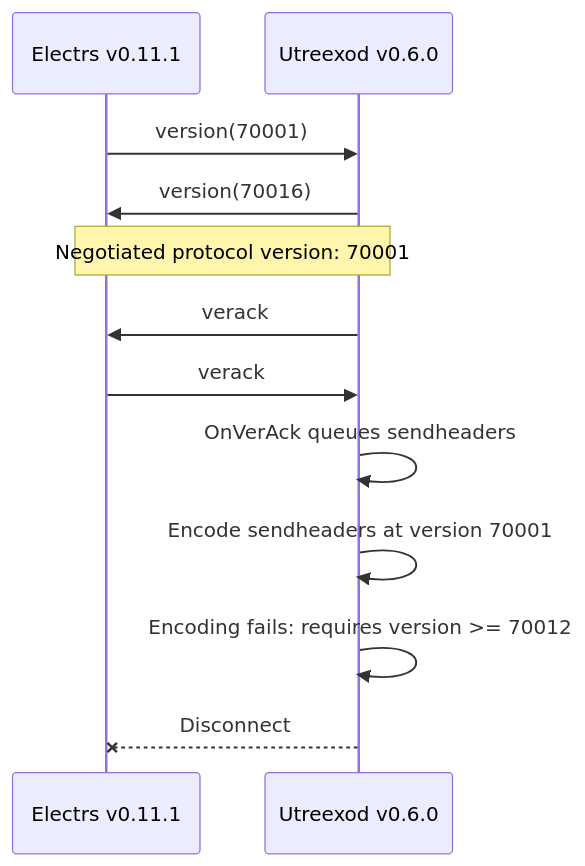
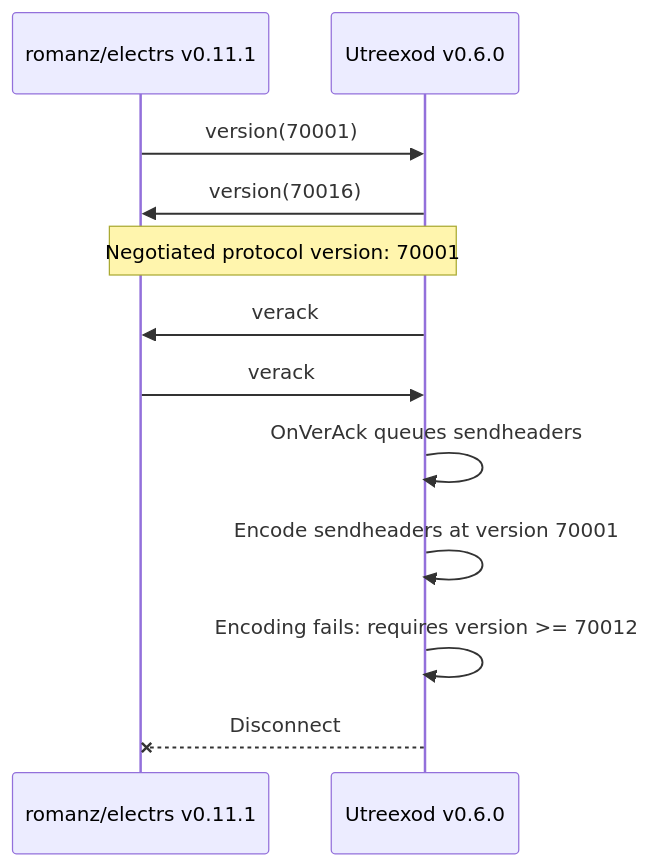
The first of 3 diagrams in docs/utreexod-electrs-p2p-bug.md (luisschwab/halfin), drawn with Mermaid before and after one commit. The commit also changed other lines of this file and 17 other files, not shown here.

````diff
--- a/docs/utreexod-electrs-p2p-bug.md
+++ b/docs/utreexod-electrs-p2p-bug.md
@@ -37,15 +37,15 @@
 ```mermaid
 sequenceDiagram
-    participant E as Electrs v0.11.1
+    participant E as romanz/electrs v0.11.1
     participant U as Utreexod v0.6.0
 
     E->>U: version(70001)
     U->>E: version(70016)
     Note over E,U: Negotiated protocol version: 70001
     U->>E: verack
     E->>U: verack
     U->>U: OnVerAck queues sendheaders
     U->>U: Encode sendheaders at version 70001
     U->>U: Encoding fails: requires version >= 70012
     U--xE: Disconnect
 ```
````
